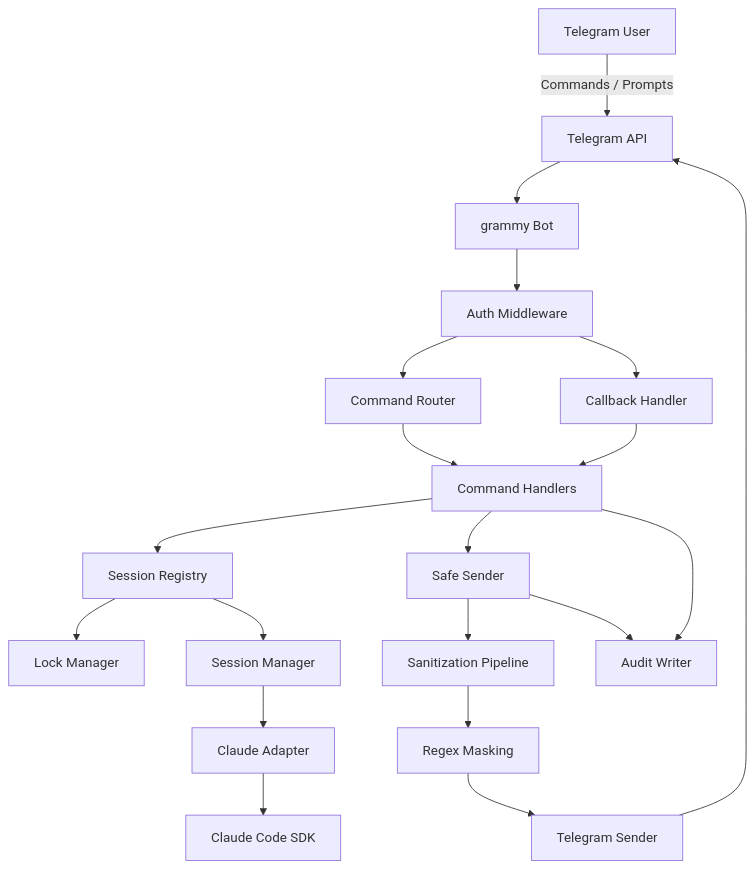
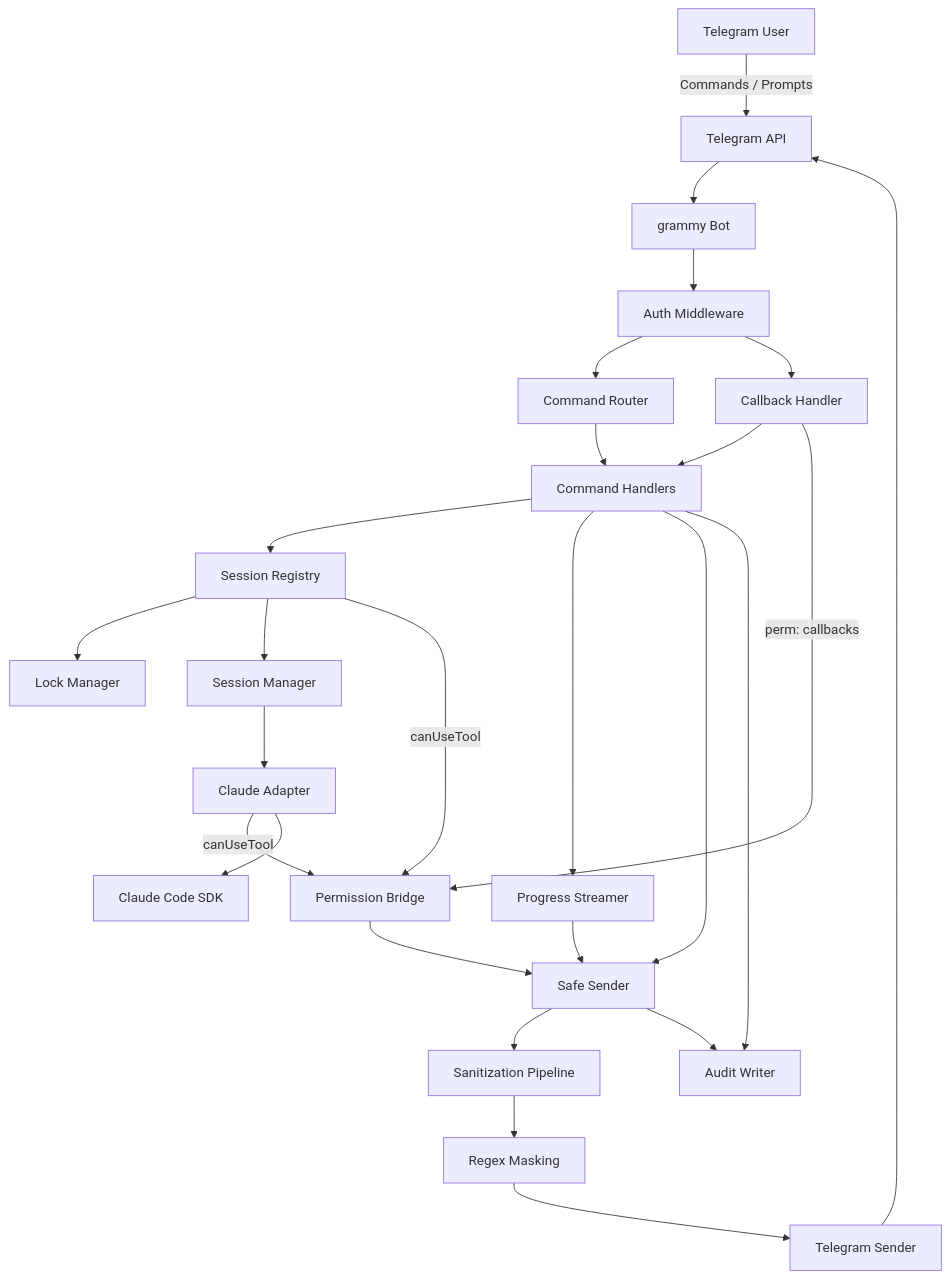
Before and after one commit to luongnv89/telecode: the first of 4 diagrams in docs/architecture.md, drawn with Mermaid. The commit also changed other lines of this file and 7 other files, not shown here.

First line of the commit message:
docs: update documentation for permission bridge, progress streamer, and new config

````diff
--- a/docs/architecture.md
+++ b/docs/architecture.md
@@ -7,22 +7,28 @@
 ```mermaid
 graph TB
     User[Telegram User] -->|Commands / Prompts| TG[Telegram API]
     TG --> Bot[grammy Bot]
     Bot --> Auth[Auth Middleware]
     Auth --> Router[Command Router]
     Auth --> Callbacks[Callback Handler]
     Router --> Handlers[Command Handlers]
     Callbacks --> Handlers
+    Callbacks -->|perm: callbacks| PB[Permission Bridge]
     Handlers --> Registry[Session Registry]
     Registry --> Lock[Lock Manager]
     Registry --> SM[Session Manager]
+    Registry -->|canUseTool| PB
     SM --> Adapter[Claude Adapter]
+    Adapter -->|canUseTool| PB
     Adapter --> CC[Claude Code SDK]
-    Handlers --> SafeSender[Safe Sender]
+    Handlers --> Streamer[Progress Streamer]
+    Streamer --> SafeSender[Safe Sender]
+    Handlers --> SafeSender
+    PB --> SafeSender
     SafeSender --> Pipeline[Sanitization Pipeline]
     Pipeline --> Regex[Regex Masking]
     Regex --> Sender[Telegram Sender]
     Sender --> TG
     Handlers --> Audit[Audit Writer]
     SafeSender --> Audit
 ```
````
